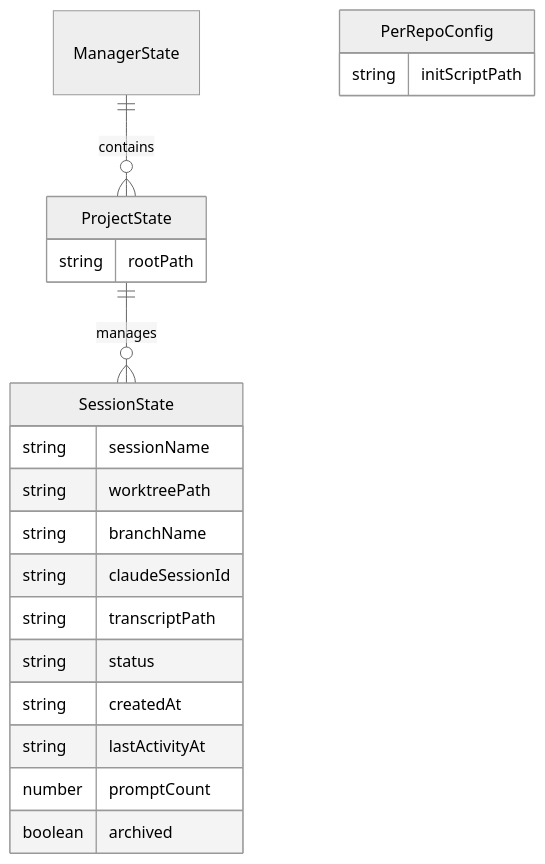
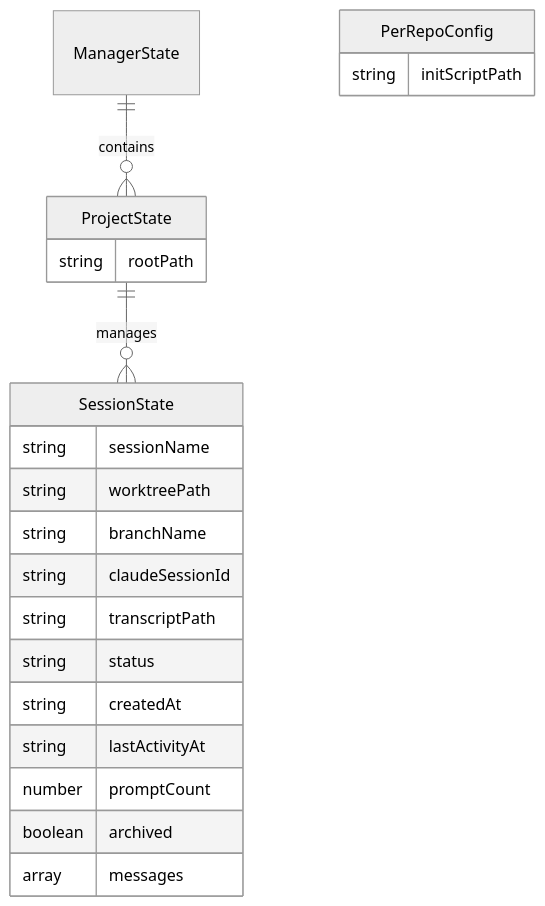
One commit to amhuppert/remote-ai-manager changed the fifth of 5 diagrams in .kiro/specs/session-lifecycle/design.md. Above: the diagram before and after it, drawn with Mermaid (neutral theme). The commit also changed other lines of this file and 44 other files, not shown here.

````diff
--- a/.kiro/specs/session-lifecycle/design.md
+++ b/.kiro/specs/session-lifecycle/design.md
@@ -422,23 +422,24 @@
 ```mermaid
 erDiagram
     ManagerState ||--o{ ProjectState : contains
     ProjectState ||--o{ SessionState : manages
     ProjectState {
         string rootPath
     }
     SessionState {
         string sessionName
         string worktreePath
         string branchName
         string claudeSessionId
         string transcriptPath
         string status
         string createdAt
         string lastActivityAt
         number promptCount
         boolean archived
+        array messages
     }
     PerRepoConfig {
         string initScriptPath
     }
 ```
````
